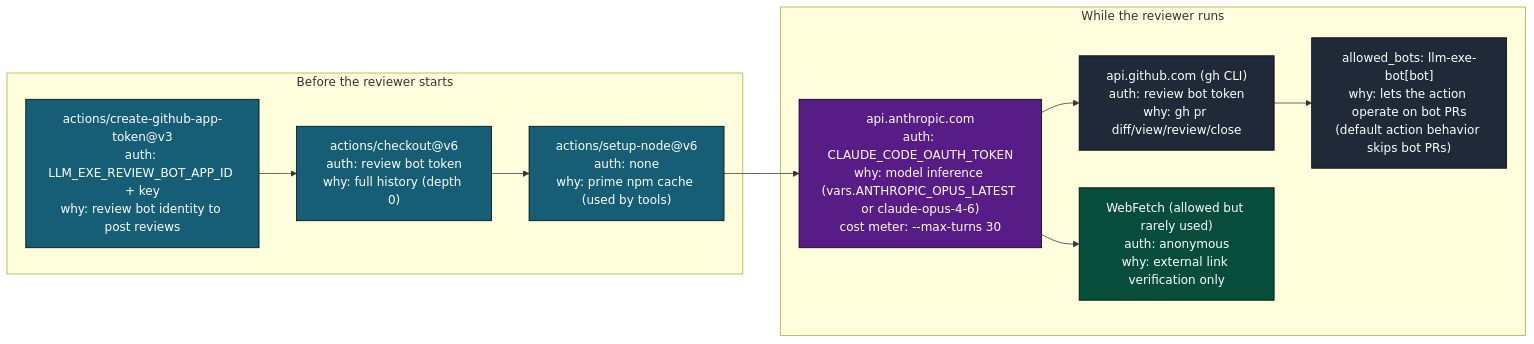
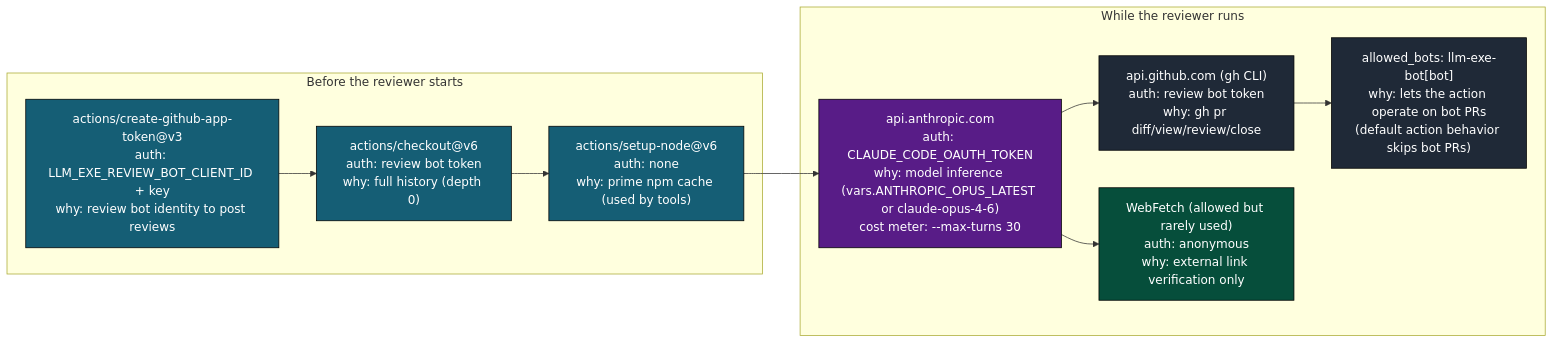
One commit to llm-exe/llm-exe changed the seventh of 12 diagrams in .github/docs/AGENT_REVIEW_PR_DEEP_DIVE.md. Above: the diagram before and after it, drawn with Mermaid. The commit also changed other lines of this file and 13 other files, not shown here.

Commit message:
fix: update references from APP_ID to APP_CLIENT_ID in documentation

````diff
--- a/.github/docs/AGENT_REVIEW_PR_DEEP_DIVE.md
+++ b/.github/docs/AGENT_REVIEW_PR_DEEP_DIVE.md
@@ -358,27 +358,27 @@
 ```mermaid
 flowchart LR
     classDef pre fill:#155e75,color:#fff,stroke:#000
     classDef llm fill:#581c87,color:#fff,stroke:#000
     classDef gh fill:#1f2937,color:#fff,stroke:#000
     classDef web fill:#064e3b,color:#fff,stroke:#000
 
     subgraph Pre["Before the reviewer starts"]
-        c1["actions/create-github-app-token@v3\nauth: LLM_EXE_REVIEW_BOT_APP_ID + key\nwhy: review bot identity to post reviews"]:::pre
+        c1["actions/create-github-app-token@v3\nauth: LLM_EXE_REVIEW_BOT_CLIENT_ID + key\nwhy: review bot identity to post reviews"]:::pre
         c2["actions/checkout@v6\nauth: review bot token\nwhy: full history (depth 0)"]:::pre
         c3["actions/setup-node@v6\nauth: none\nwhy: prime npm cache (used by tools)"]:::pre
     end
 
     subgraph During["While the reviewer runs"]
         d1["api.anthropic.com\nauth: CLAUDE_CODE_OAUTH_TOKEN\nwhy: model inference (vars.ANTHROPIC_OPUS_LATEST or claude-opus-4-6)\ncost meter: --max-turns 30"]:::llm
         d2["api.github.com (gh CLI)\nauth: review bot token\nwhy: gh pr diff/view/review/close"]:::gh
         d3["allowed_bots: llm-exe-bot[bot]\nwhy: lets the action operate on bot PRs\n(default action behavior skips bot PRs)"]:::gh
         d4["WebFetch (allowed but rarely used)\nauth: anonymous\nwhy: external link verification only"]:::web
     end
 
     c1 --> c2
     c2 --> c3
     c3 --> d1
     d1 --> d2
     d2 --> d3
     d1 --> d4
 ```
````
